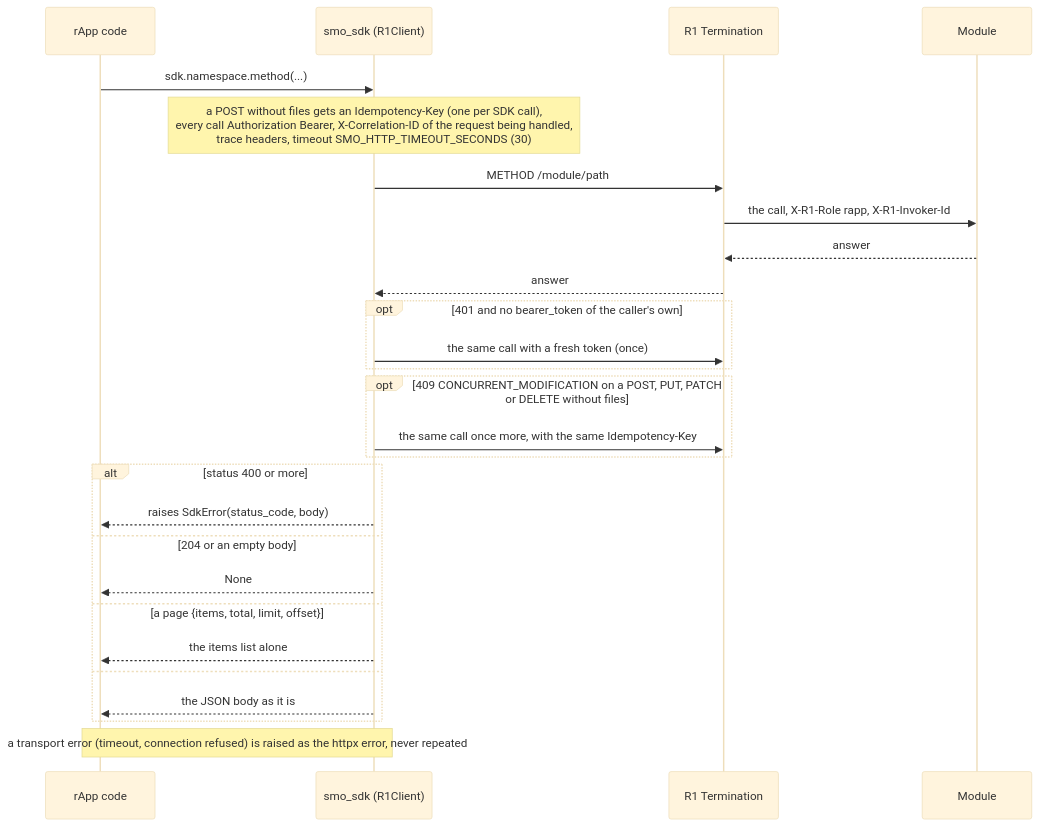
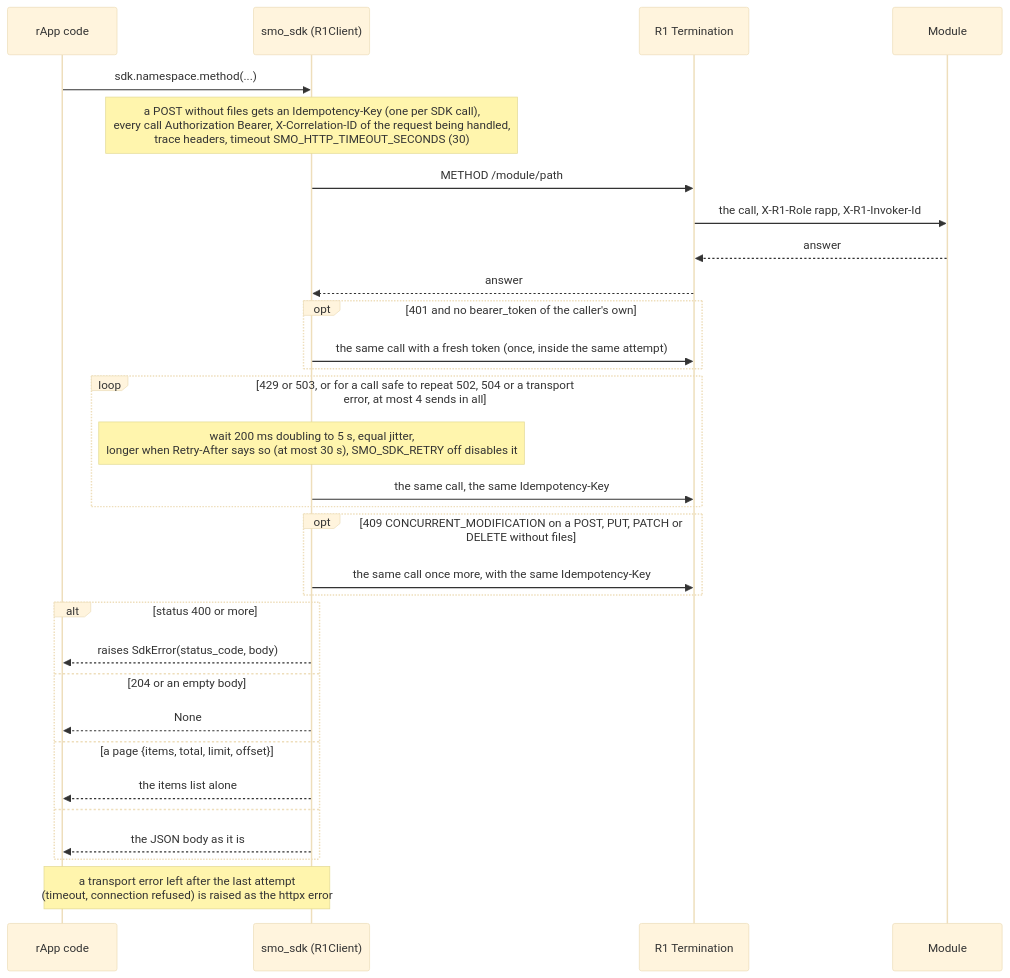
Before and after one commit to rsys-bshankar/ai-ran-smo: the second of 5 diagrams in smo/sdk/docs/lifecycle.md, drawn with Mermaid (base theme). The commit also changed other lines of this file and 17 other files, not shown here.

````diff
--- a/smo/sdk/docs/lifecycle.md
+++ b/smo/sdk/docs/lifecycle.md
@@ -64,30 +65,34 @@
 ```mermaid
 sequenceDiagram
     participant App as rApp code
     participant SDK as smo_sdk (R1Client)
     participant R1 as R1 Termination
     participant M as Module
 
     App->>SDK: sdk.namespace.method(...)
     Note over SDK: a POST without files gets an Idempotency-Key (one per SDK call),<br/>every call Authorization Bearer, X-Correlation-ID of the request being handled,<br/>trace headers, timeout SMO_HTTP_TIMEOUT_SECONDS (30)
     SDK->>R1: METHOD /module/path
     R1->>M: the call, X-R1-Role rapp, X-R1-Invoker-Id
     M-->>R1: answer
     R1-->>SDK: answer
     opt 401 and no bearer_token of the caller's own
-        SDK->>R1: the same call with a fresh token (once)
+        SDK->>R1: the same call with a fresh token (once, inside the same attempt)
+    end
+    loop 429 or 503, or for a call safe to repeat 502, 504 or a transport error, at most 4 sends in all
+        Note over SDK: wait 200 ms doubling to 5 s, equal jitter,<br/>longer when Retry-After says so (at most 30 s), SMO_SDK_RETRY off disables it
+        SDK->>R1: the same call, the same Idempotency-Key
     end
     opt 409 CONCURRENT_MODIFICATION on a POST, PUT, PATCH or DELETE without files
         SDK->>R1: the same call once more, with the same Idempotency-Key
     end
     alt status 400 or more
         SDK-->>App: raises SdkError(status_code, body)
     else 204 or an empty body
         SDK-->>App: None
     else a page {items, total, limit, offset}
         SDK-->>App: the items list alone
     else
         SDK-->>App: the JSON body as it is
     end
-    Note over App,SDK: a transport error (timeout, connection refused) is raised as the httpx error, never repeated
+    Note over App,SDK: a transport error left after the last attempt<br/>(timeout, connection refused) is raised as the httpx error
 ```
````
